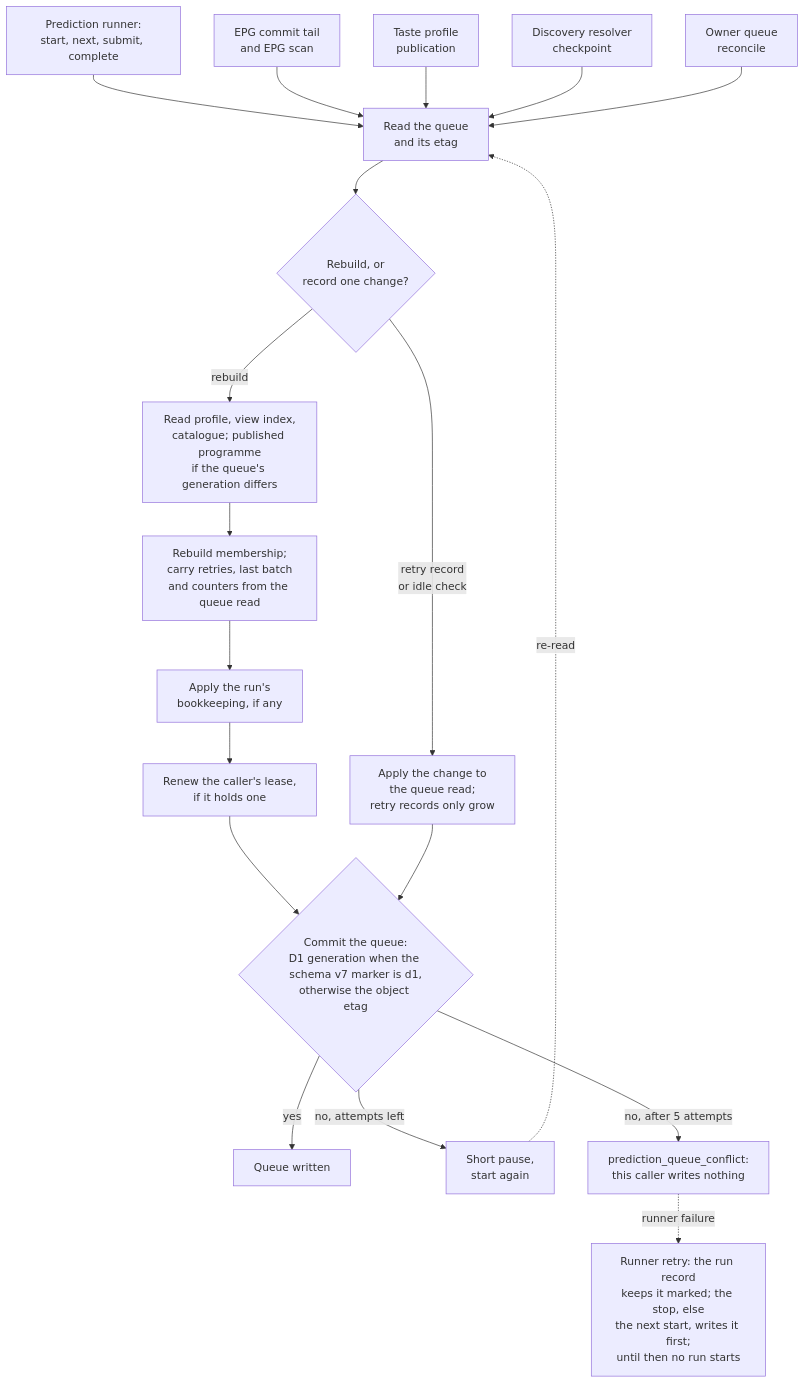
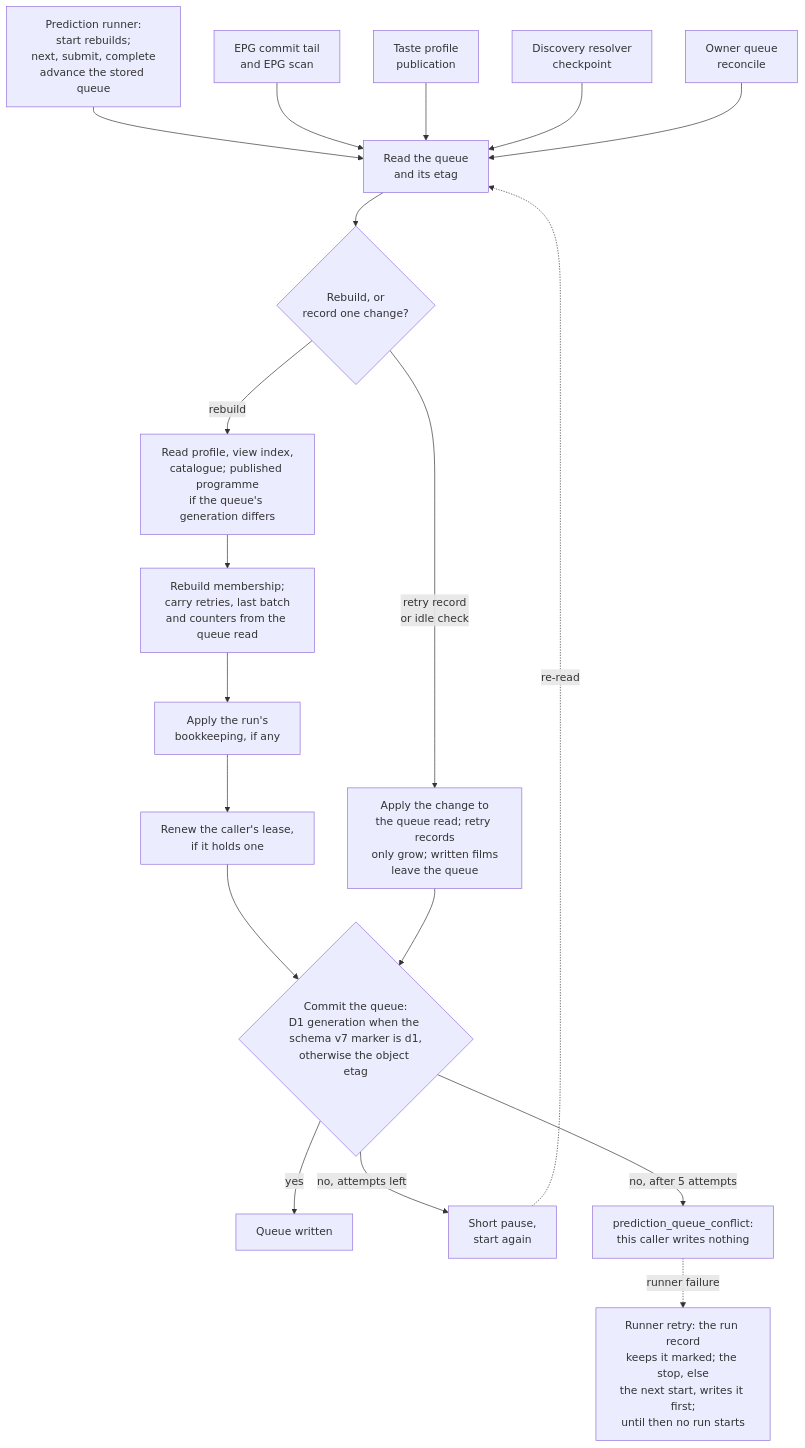
Before and after one commit to vladimino/iptv-watchlist: the second of 2 diagrams in docs/architecture/prediction-pipeline.md, drawn with Mermaid. The commit also changed other lines of this file and 14 other files, not shown here.

First line of the commit message:
fix(AIR-431): advance persisted prediction queue independently of Discovery

````diff
--- a/docs/architecture/prediction-pipeline.md
+++ b/docs/architecture/prediction-pipeline.md
@@ -67,38 +68,38 @@
 ```mermaid
 flowchart TD
-    runner["Prediction runner:<br/>start, next, submit, complete"]
+    runner["Prediction runner:<br/>start rebuilds;<br/>next, submit, complete<br/>advance the stored queue"]
     epg["EPG commit tail<br/>and EPG scan"]
     profile["Taste profile<br/>publication"]
     resolver["Discovery resolver<br/>checkpoint"]
     reconcile["Owner queue<br/>reconcile"]
     read["Read the queue<br/>and its etag"]
     kind{"Rebuild, or<br/>record one change?"}
     inputs["Read profile, view index,<br/>catalogue; published programme<br/>if the queue's generation differs"]
     build["Rebuild membership;<br/>carry retries, last batch<br/>and counters from the queue read"]
     amend["Apply the run's<br/>bookkeeping, if any"]
-    change["Apply the change to<br/>the queue read;<br/>retry records only grow"]
+    change["Apply the change to<br/>the queue read; retry records<br/>only grow; written films<br/>leave the queue"]
     fence["Renew the caller's lease,<br/>if it holds one"]
     put{"Commit the queue:<br/>D1 generation when the schema v7 marker is d1,<br/>otherwise the object etag"}
     done["Queue written"]
     again["Short pause,<br/>start again"]
     conflict["prediction_queue_conflict:<br/>this caller writes nothing"]
     marked["Runner retry: the run record<br/>keeps it marked; the stop, else<br/>the next start, writes it first;<br/>until then no run starts"]
     runner --> read
     epg --> read
     profile --> read
     resolver --> read
     reconcile --> read
     read --> kind
     kind -->|rebuild| inputs
     inputs --> build
     build --> amend
     amend --> fence
     fence --> put
     kind -->|retry record<br/>or idle check| change
     change --> put
     put -->|yes| done
     put -->|no, attempts left| again
     again -.->|re-read| read
     put -->|no, after 5 attempts| conflict
     conflict -.->|runner failure| marked
 ```
````
